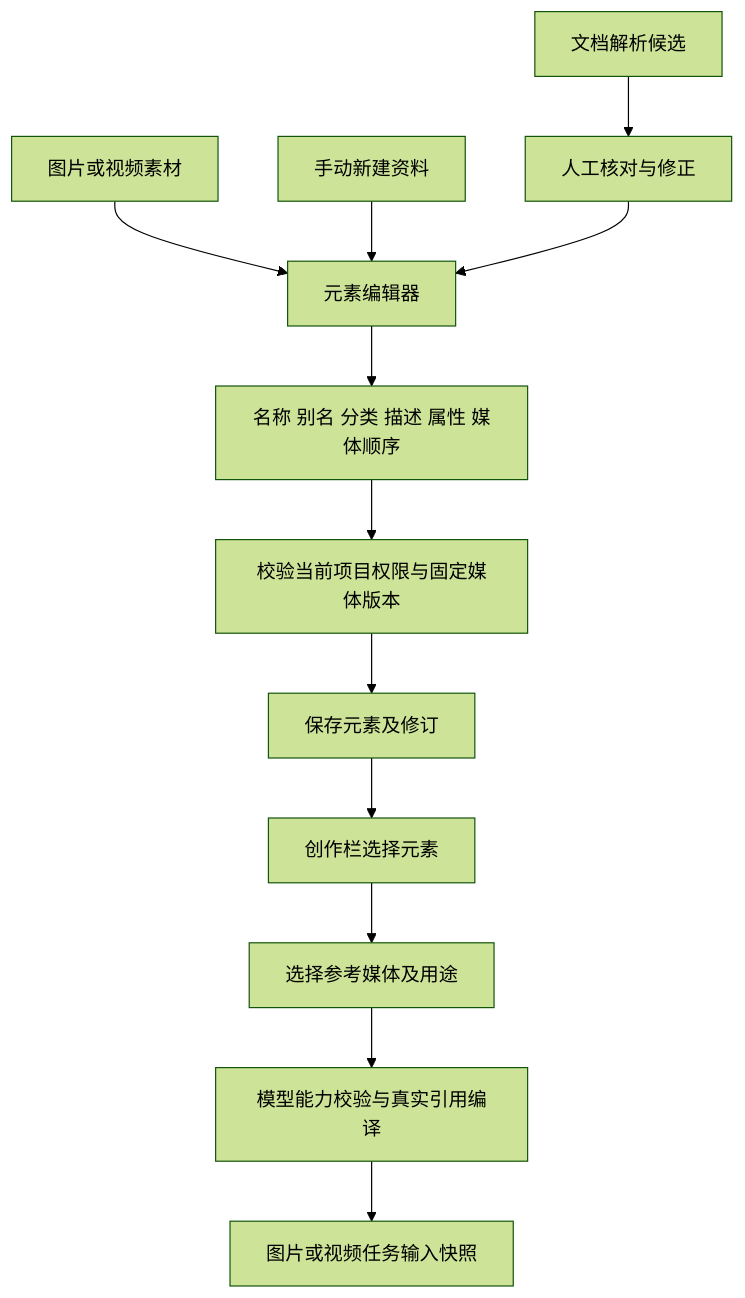
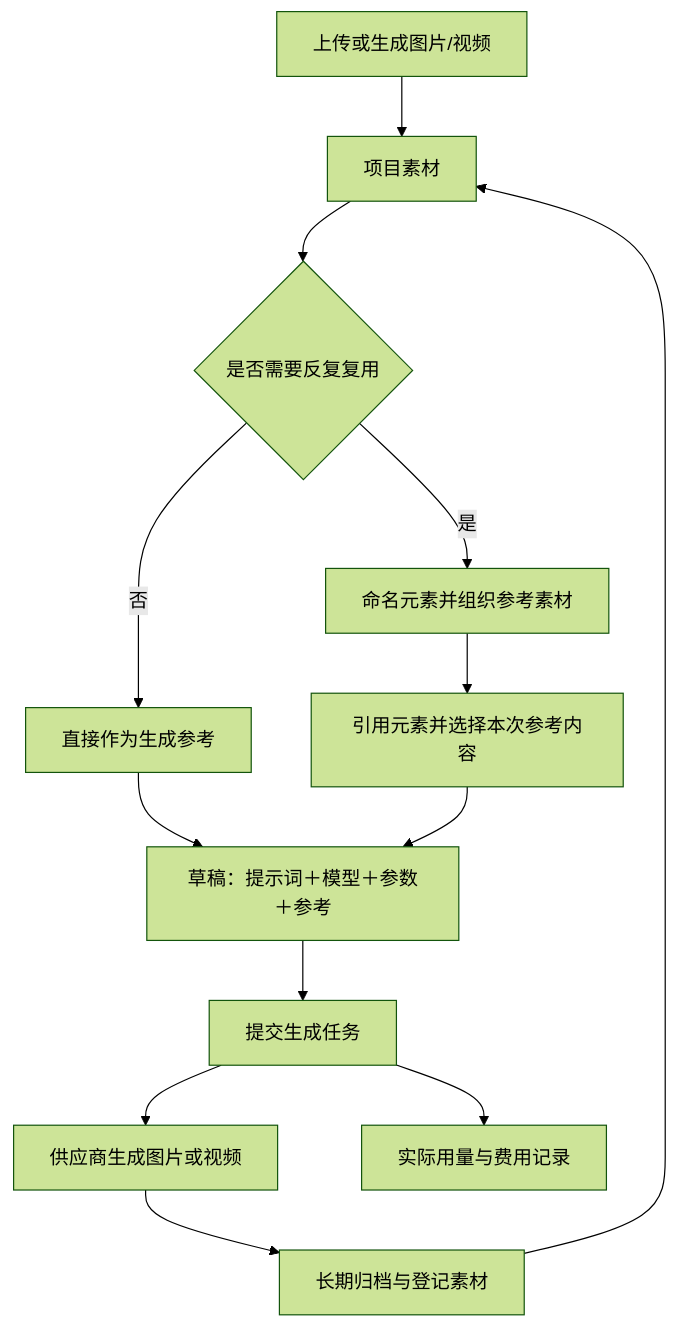
Before and after one commit to pleasureswx123/higgsfield: the second of 2 diagrams in docs/AI图片与视频制作平台PRD-全流程版.md, drawn with Mermaid (forest theme). The commit also changed other lines of this file and 72 other files, not shown here.

````diff
--- a/docs/AI图片与视频制作平台PRD-全流程版.md
+++ b/docs/AI图片与视频制作平台PRD-全流程版.md
@@ -337,14 +147,15 @@
 ```mermaid
 flowchart TD
-    A[图片或视频素材] --> C[元素编辑器]
-    B[手动新建资料] --> C
-    D[文档解析候选] --> D1[人工核对与修正]
-    D1 --> C
-    C --> E[名称 别名 分类 描述 属性 媒体顺序]
-    E --> F[校验当前项目权限与固定媒体版本]
-    F --> G[保存元素及修订]
-    G --> H[创作栏选择元素]
-    H --> I[选择参考媒体及用途]
-    I --> J[模型能力校验与真实引用编译]
-    J --> K[图片或视频任务输入快照]
+  A[上传或生成图片/视频] --> B[项目素材]
+  B --> C{是否需要反复复用}
+  C -->|否| D[直接作为生成参考]
+  C -->|是| E[命名元素并组织参考素材]
+  E --> F[引用元素并选择本次参考内容]
+  D --> G[草稿：提示词＋模型＋参数＋参考]
+  F --> G
+  G --> H[提交生成任务]
+  H --> I[供应商生成图片或视频]
+  I --> J[长期归档与登记素材]
+  J --> B
+  H --> K[实际用量与费用记录]
 ```
````
